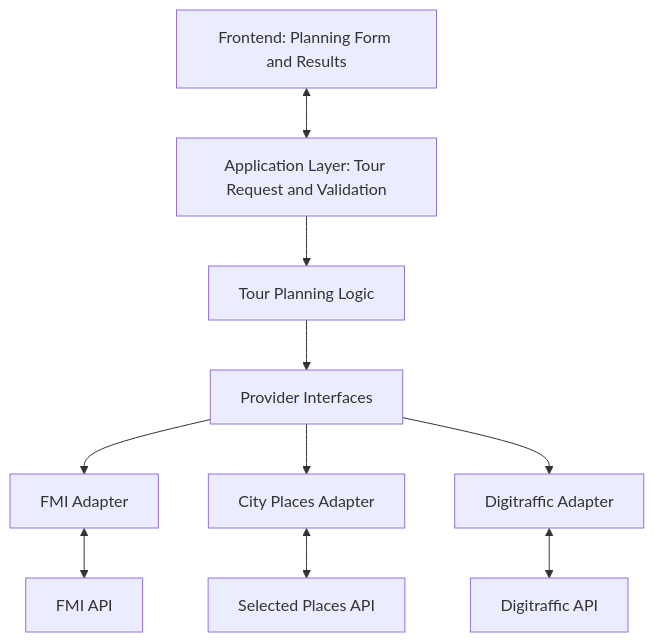
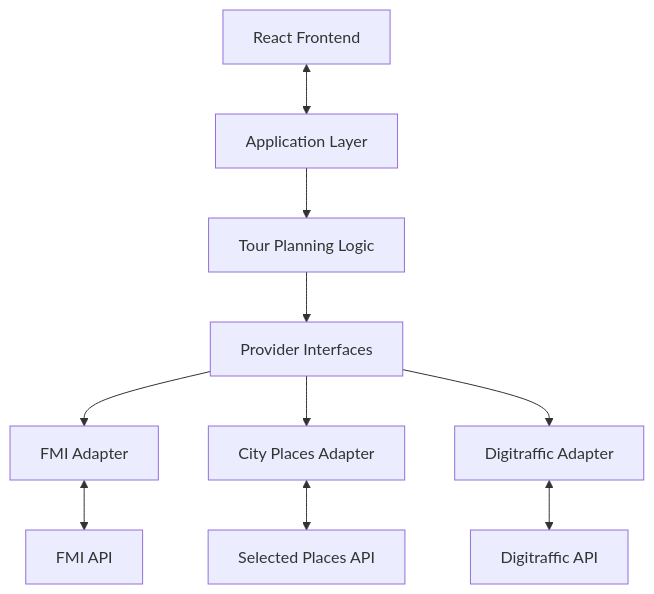
One commit to VSondur123/city-tour-planner changed the diagram in assignments/prototype-design-documentation/city-tour-planner-prototype-design.md. Above: the diagram before and after it, drawn with Mermaid. The commit also changed other lines of this file and 6 other files, not shown here.

````diff
--- a/assignments/prototype-design-documentation/city-tour-planner-prototype-design.md
+++ b/assignments/prototype-design-documentation/city-tour-planner-prototype-design.md
@@ -197,23 +143,23 @@
 ```mermaid
 flowchart TB
-    UI[Frontend: Planning Form and Results]
-    APP[Application Layer: Tour Request and Validation]
+    UI[React Frontend]
+    APP[Application Layer]
     PLAN[Tour Planning Logic]
-    PORTS[Provider Interfaces]
-    FMI[FMI Adapter]
+    PROVIDERS[Provider Interfaces]
+    WEATHER[FMI Adapter]
     PLACES[City Places Adapter]
     TRAFFIC[Digitraffic Adapter]
     FMIAPI[FMI API]
-    PLACESAPI[Selected Places API]
+    PLACEAPI[Selected Places API]
     TRAFFICAPI[Digitraffic API]
 
     UI <--> APP
     APP --> PLAN
-    PLAN --> PORTS
-    PORTS --> FMI
-    PORTS --> PLACES
-    PORTS --> TRAFFIC
-    FMI <--> FMIAPI
-    PLACES <--> PLACESAPI
+    PLAN --> PROVIDERS
+    PROVIDERS --> WEATHER
+    PROVIDERS --> PLACES
+    PROVIDERS --> TRAFFIC
+    WEATHER <--> FMIAPI
+    PLACES <--> PLACEAPI
     TRAFFIC <--> TRAFFICAPI
 ```
````
